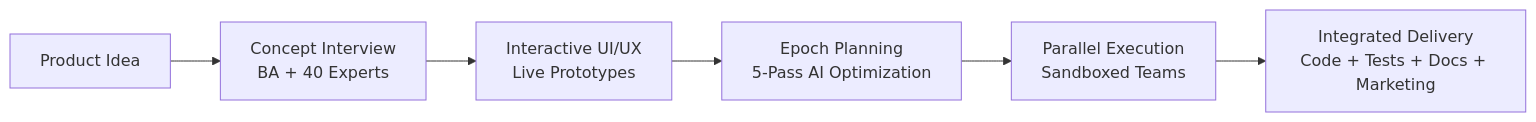
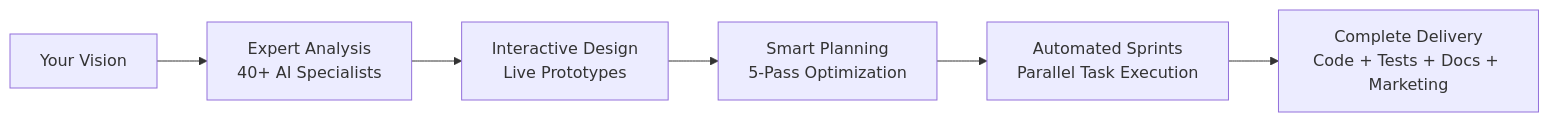
Before and after one commit to chadananda/xswarm: the diagram in README.md, drawn with Mermaid. The commit also changed other lines of this file and 20 other files, not shown here.

````diff
--- a/README.md
+++ b/README.md
@@ -27,8 +27,8 @@
 ```mermaid
 graph LR
-    Idea[Product Idea] --> CI[Concept Interview<br/>BA + 40 Experts]
-    CI --> UI[Interactive UI/UX<br/>Live Prototypes]
-    UI --> EP[Epoch Planning<br/>5-Pass AI Optimization]
-    EP --> PE[Parallel Execution<br/>Sandboxed Teams]
-    PE --> ID[Integrated Delivery<br/>Code + Tests + Docs + Marketing]
+    Idea[Your Vision] --> CI[Expert Analysis<br/>40+ AI Specialists]
+    CI --> UI[Interactive Design<br/>Live Prototypes]
+    UI --> EP[Smart Planning<br/>5-Pass Optimization]
+    EP --> AS[Automated Sprints<br/>Parallel Task Execution]
+    AS --> ID[Complete Delivery<br/>Code + Tests + Docs + Marketing]
 ```
````
